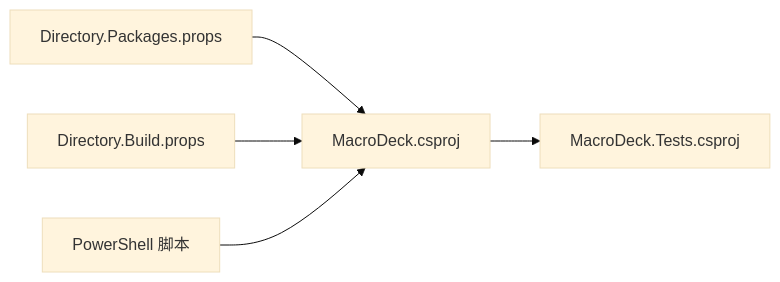
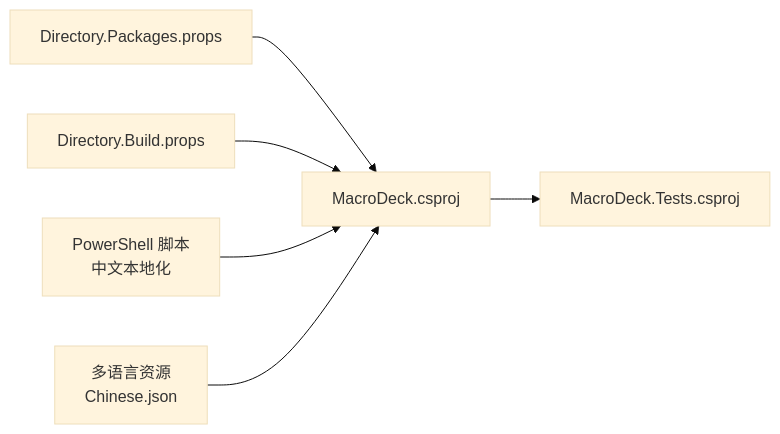
Before and after one commit to tea4go/Macro-Deck: the third of 4 diagrams in .qoder/repowiki/zh/content/开发者指南/开发者指南.md, drawn with Mermaid (base theme). The commit also changed other lines of this file and 146 other files, not shown here.

````diff
--- a/.qoder/repowiki/zh/content/开发者指南/开发者指南.md
+++ b/.qoder/repowiki/zh/content/开发者指南/开发者指南.md
@@ -175,12 +188,14 @@
 ```mermaid
 graph LR
 AppProj["MacroDeck.csproj"]
 TestProj["MacroDeck.Tests.csproj"]
 CentralProps["Directory.Packages.props"]
 BuildProps["Directory.Build.props"]
-PScripts["PowerShell 脚本"]
+PScripts["PowerShell 脚本<br/>中文本地化"]
+Localize["多语言资源<br/>Chinese.json"]
 CentralProps --> AppProj
 BuildProps --> AppProj
 AppProj --> TestProj
 PScripts --> AppProj
+Localize --> AppProj
 ```
````
